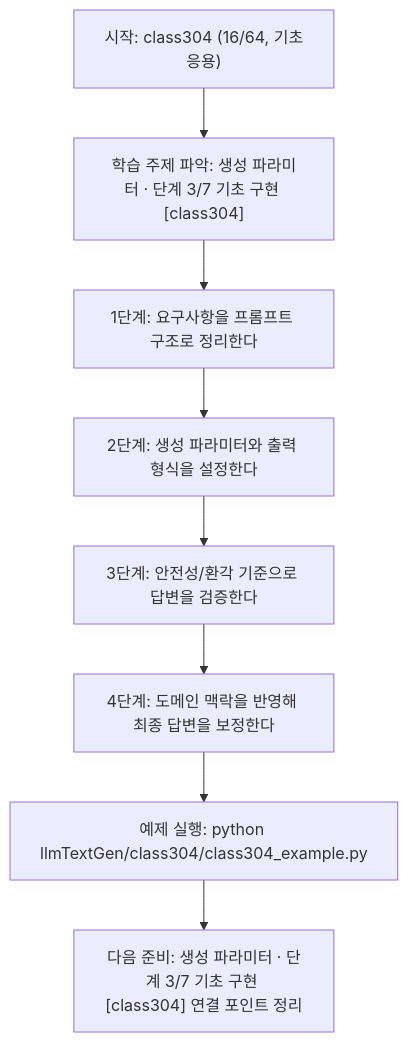
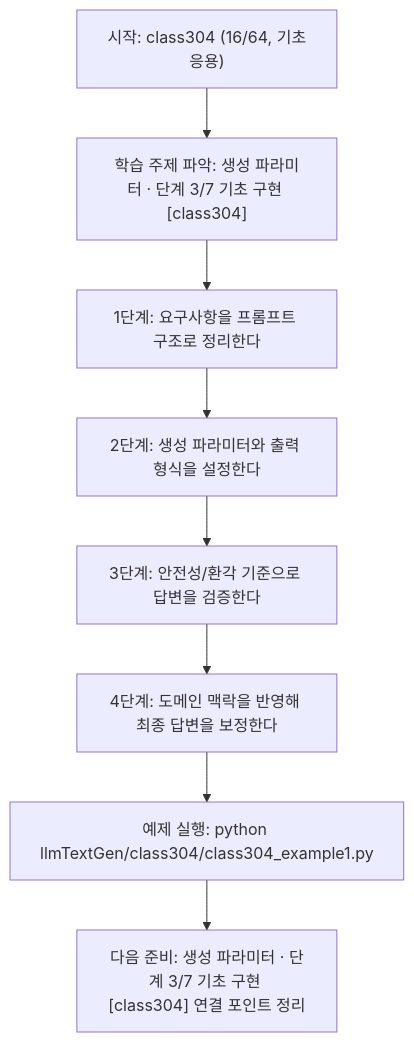
The diagram in llmTextGen/class304/class304.md (edumgt/Python-AI_Agent-Class), drawn with Mermaid before and after one commit. The commit also changed other lines of this file and 2959 other files, not shown here.

````diff
--- a/llmTextGen/class304/class304.md
+++ b/llmTextGen/class304/class304.md
@@ -113,18 +113,18 @@
 ```mermaid
 flowchart TD
 N1["시작: class304 (16/64, 기초응용)"]
 N2["학습 주제 파악: 생성 파라미터 · 단계 3/7 기초 구현 [class304]"]
 N3["1단계: 요구사항을 프롬프트 구조로 정리한다"]
 N4["2단계: 생성 파라미터와 출력 형식을 설정한다"]
 N5["3단계: 안전성/환각 기준으로 답변을 검증한다"]
 N6["4단계: 도메인 맥락을 반영해 최종 답변을 보정한다"]
-N7["예제 실행: python llmTextGen/class304/class304_example.py"]
+N7["예제 실행: python llmTextGen/class304/class304_example1.py"]
 N8["다음 준비: 생성 파라미터 · 단계 3/7 기초 구현 [class304] 연결 포인트 정리"]
 N1 --> N2
 N2 --> N3
 N3 --> N4
 N4 --> N5
 N5 --> N6
 N6 --> N7
 N7 --> N8
 ```
````
